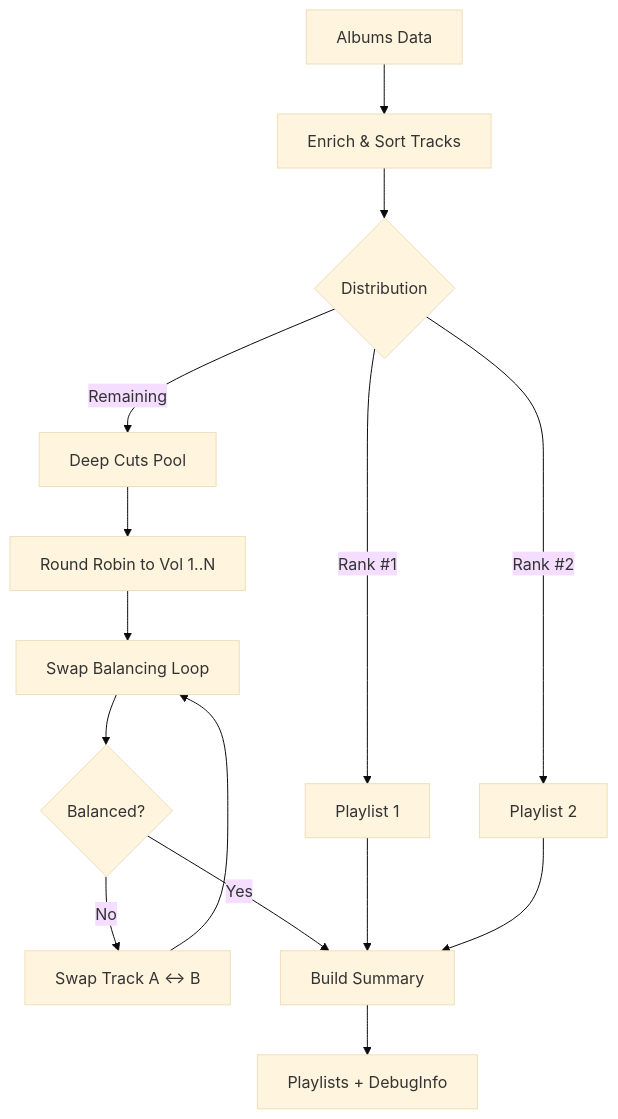
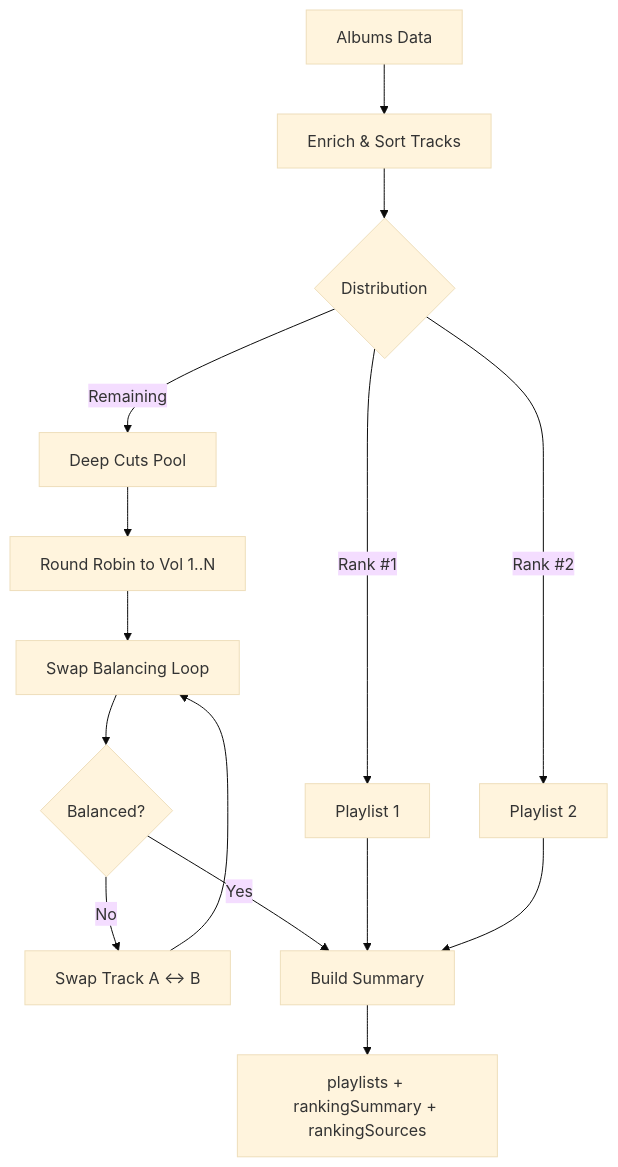
One commit to maujrp99/MJRP_AlbumsBalancedPlaylists_v0 changed the diagram in docs/manual/23_Shared_Code.md. Above: the diagram before and after it, drawn with Mermaid (base theme). The commit also changed other lines of this file and 22 other files, not shown here.

````diff
--- a/docs/manual/23_Shared_Code.md
+++ b/docs/manual/23_Shared_Code.md
@@ -68,19 +71,19 @@
 ```mermaid
 flowchart TD
     Input[Albums Data] --> Normalize[Enrich & Sort Tracks]
     Normalize --> Distrib{Distribution}
     Distrib -- Rank #1 --> P1[Playlist 1]
     Distrib -- Rank #2 --> P2[Playlist 2]
     Distrib -- Remaining --> Pool[Deep Cuts Pool]
     
     Pool --> RR[Round Robin to Vol 1..N]
     RR --> Balance[Swap Balancing Loop]
     Balance --> Check{Balanced?}
     Check -- No --> Swap[Swap Track A <-> B]
     Swap --> Balance
     Check -- Yes --> Finalize[Build Summary]
     
     P1 --> Finalize
     P2 --> Finalize
-    Finalize --> Output[Playlists + DebugInfo]
+    Finalize --> Output[playlists + rankingSummary + rankingSources]
 ```
````
